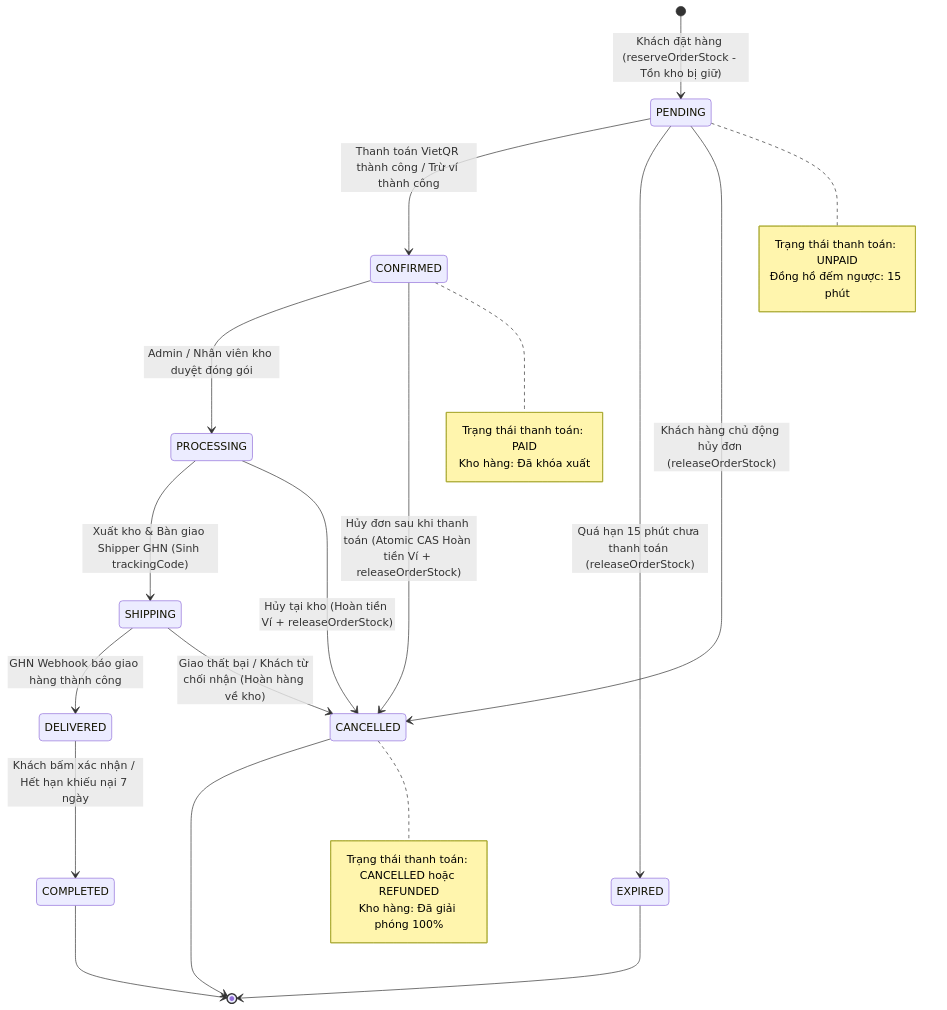
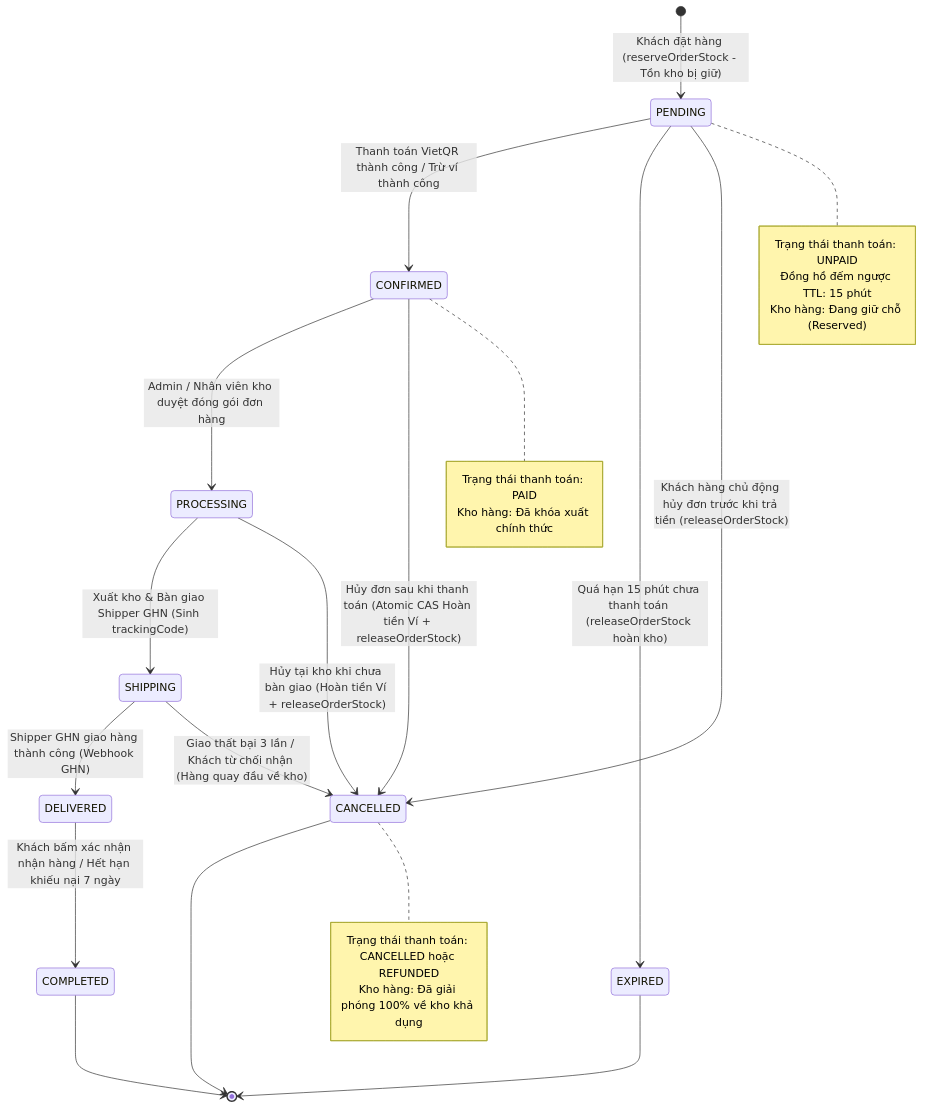
One commit to nhonhoa2007/shop-qr-payment changed the ninth of 13 diagrams in docs/uml/README.md. Above: the diagram before and after it, drawn with Mermaid. The commit also changed other lines of this file and 121 other files, not shown here.

First line of the commit message:
refactor(arch): tái cấu trúc mã nguồn theo Layered Clean Architecture và chuẩn hóa module shims

````diff
--- a/docs/uml/README.md
+++ b/docs/uml/README.md
@@ -488,40 +702,41 @@
 ```mermaid
 stateDiagram-v2
     direction TB
 
     [*] --> PENDING: Khách đặt hàng (reserveOrderStock - Tồn kho bị giữ)
 
     PENDING --> CONFIRMED: Thanh toán VietQR thành công / Trừ ví thành công
-    PENDING --> EXPIRED: Quá hạn 15 phút chưa thanh toán (releaseOrderStock)
-    PENDING --> CANCELLED: Khách hàng chủ động hủy đơn (releaseOrderStock)
+    PENDING --> EXPIRED: Quá hạn 15 phút chưa thanh toán (releaseOrderStock hoàn kho)
+    PENDING --> CANCELLED: Khách hàng chủ động hủy đơn trước khi trả tiền (releaseOrderStock)
 
-    CONFIRMED --> PROCESSING: Admin / Nhân viên kho duyệt đóng gói
+    CONFIRMED --> PROCESSING: Admin / Nhân viên kho duyệt đóng gói đơn hàng
     CONFIRMED --> CANCELLED: Hủy đơn sau khi thanh toán (Atomic CAS Hoàn tiền Ví + releaseOrderStock)
 
     PROCESSING --> SHIPPING: Xuất kho & Bàn giao Shipper GHN (Sinh trackingCode)
-    PROCESSING --> CANCELLED: Hủy tại kho (Hoàn tiền Ví + releaseOrderStock)
+    PROCESSING --> CANCELLED: Hủy tại kho khi chưa bàn giao (Hoàn tiền Ví + releaseOrderStock)
 
-    SHIPPING --> DELIVERED: GHN Webhook báo giao hàng thành công
-    SHIPPING --> CANCELLED: Giao thất bại / Khách từ chối nhận (Hoàn hàng về kho)
+    SHIPPING --> DELIVERED: Shipper GHN giao hàng thành công (Webhook GHN)
+    SHIPPING --> CANCELLED: Giao thất bại 3 lần / Khách từ chối nhận (Hàng quay đầu về kho)
 
-    DELIVERED --> COMPLETED: Khách bấm xác nhận / Hết hạn khiếu nại 7 ngày
+    DELIVERED --> COMPLETED: Khách bấm xác nhận nhận hàng / Hết hạn khiếu nại 7 ngày
 
     EXPIRED --> [*]
     CANCELLED --> [*]
     COMPLETED --> [*]
 
     note right of PENDING
         Trạng thái thanh toán: UNPAID
-        Đồng hồ đếm ngược: 15 phút
+        Đồng hồ đếm ngược TTL: 15 phút
+        Kho hàng: Đang giữ chỗ (Reserved)
     end note
 
     note right of CONFIRMED
         Trạng thái thanh toán: PAID
-        Kho hàng: Đã khóa xuất
+        Kho hàng: Đã khóa xuất chính thức
     end note
 
     note right of CANCELLED
         Trạng thái thanh toán: CANCELLED hoặc REFUNDED
-        Kho hàng: Đã giải phóng 100%
+        Kho hàng: Đã giải phóng 100% về kho khả dụng
     end note
 ```
````
